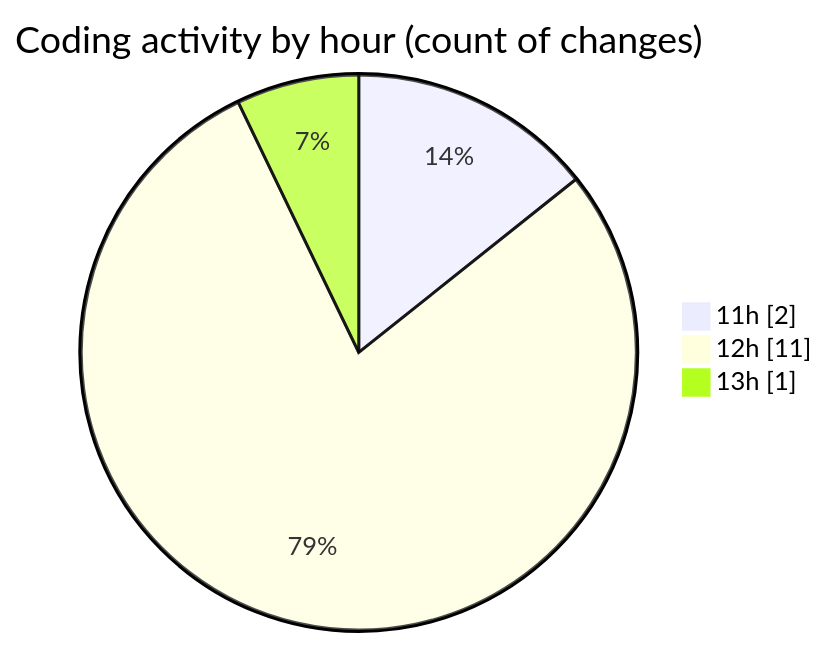
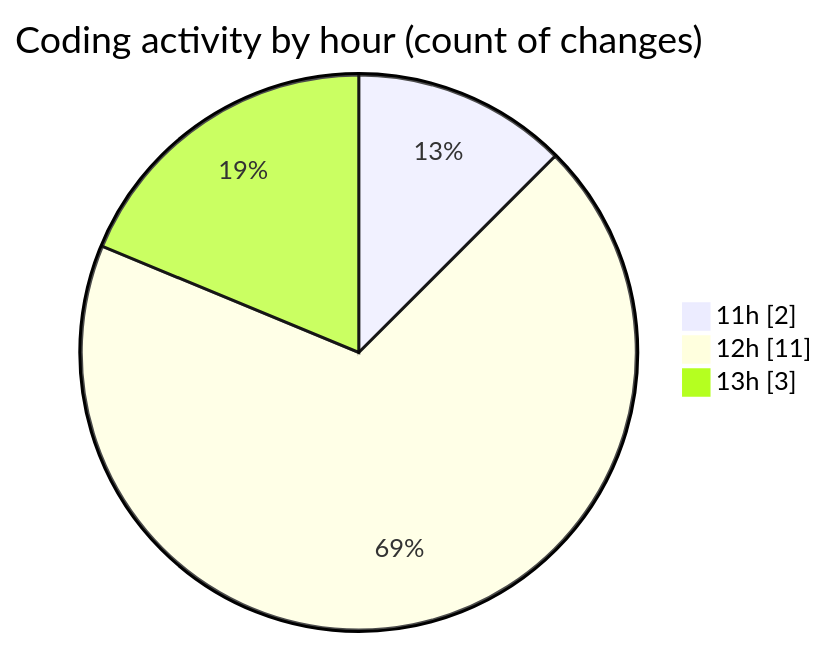
One commit to momahboobian/code-tracking changed the second of 2 diagrams in 2025-04-04/cda/README.md. Above: the diagram before and after it, drawn with Mermaid. The commit also changed other lines of this file and 1 other file, not shown here.

````diff
--- a/2025-04-04/cda/README.md
+++ b/2025-04-04/cda/README.md
@@ -32,7 +32,7 @@
 ```mermaid
 pie showData
 title Coding activity by hour (count of changes)
 "11h" : 2
 "12h" : 11
-"13h" : 1
+"13h" : 3
 ```
````
